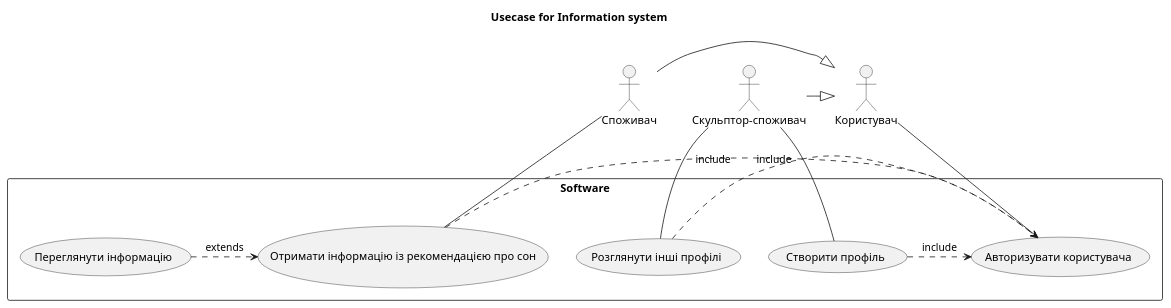
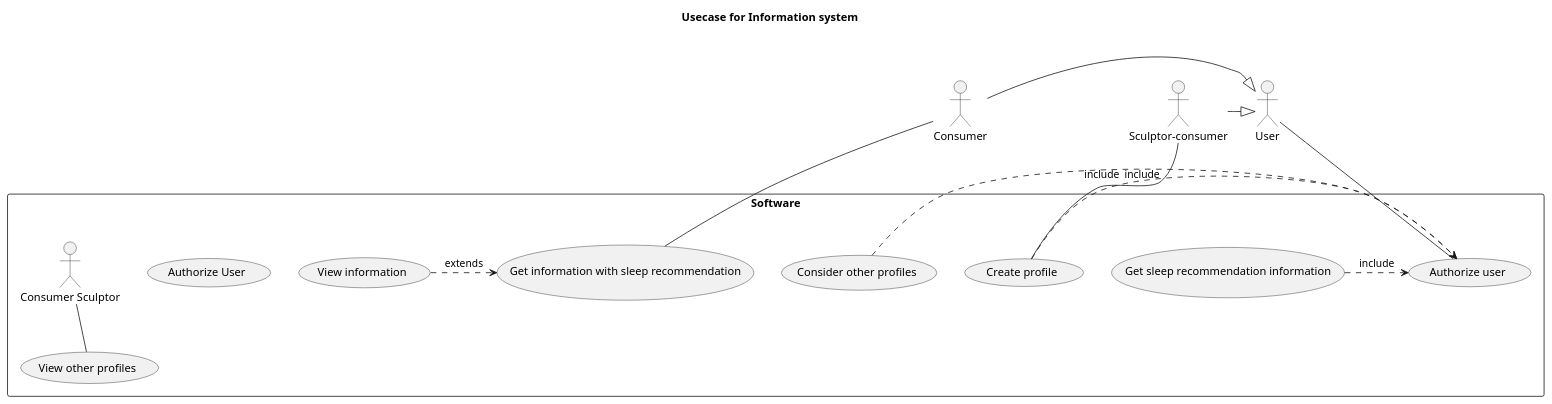
The diagram in 2-SoftwareDesign/2.7-PlantUML/UML-UseCase.puml (oleksandrblazhko/ai-212-zelinska), drawn with PlantUML before and after one commit.

```diff
--- a/2-SoftwareDesign/2.7-PlantUML/UML-UseCase.puml
+++ b/2-SoftwareDesign/2.7-PlantUML/UML-UseCase.puml
@@ -1,31 +1,31 @@
 @startuml
 title Usecase for Information system
 
 ' left to right direction
 
-actor Користувач
-actor Споживач
-actor :Скульптор-споживач:
+actor User
+actor Consumer
+actor :Sculptor-consumer:
 
-Споживач -|> Користувач 
-:Скульптор-споживач:-|> Користувач 
+Consumer -|> User
+:Sculptor-consumer:-|> User
 rectangle Software {
 
-    usecase (Переглянути інформацію)
-    usecase (Авторизувати користувача)
-    usecase (Отримати інформацію із рекомендацією про сон)
-    usecase (Створити профіль)
-    usecase (Розглянути інші профілі)
+    usecase (View information)
+    usecase (Authorize User)
+    usecase (Get information with sleep recommendation)
+    usecase (Create profile)
+    usecase (Consider other profiles)
     
-    (Отримати інформацію із рекомендацією про сон) .> (Авторизувати користувача) : include
-    (Створити профіль) .> (Авторизувати користувача) : include
-    (Розглянути інші профілі) .> (Авторизувати користувача) : include
-    (Переглянути інформацію) .> (Отримати інформацію із рекомендацією про сон) : extends
+    (Get sleep recommendation information) .> (Authorize user) : include
+    (Create profile) .> (Authorize user) : include
+    (Consider other profiles) .> (Authorize user) : include
+    (View information) .> (Get information with sleep recommendation) : extends
 
-    Користувач -- (Авторизувати користувача)
-    Споживач -- (Отримати інформацію із рекомендацією про сон)
-    :Скульптор-споживач: -- (Створити профіль)
-    :Скульптор-споживач: -- (Розглянути інші профілі)
+    User -- (Authorize user)
+    Consumer -- (Get information with sleep recommendation)
+    :Sculptor-consumer: -- (Create profile)
+    :Consumer Sculptor: -- (View other profiles)
 
 }
 @enduml
```
